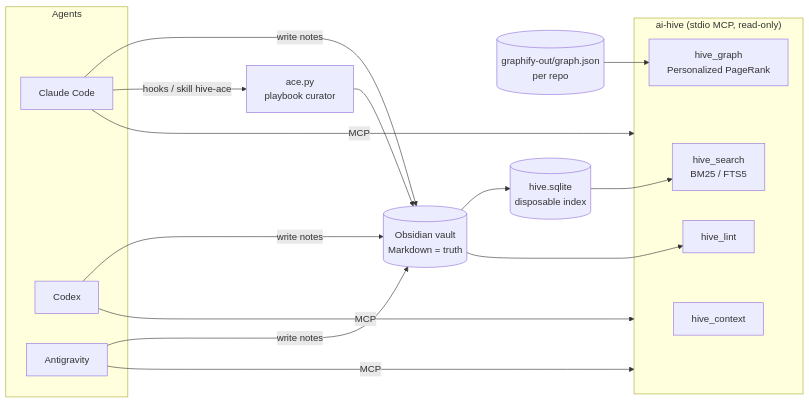
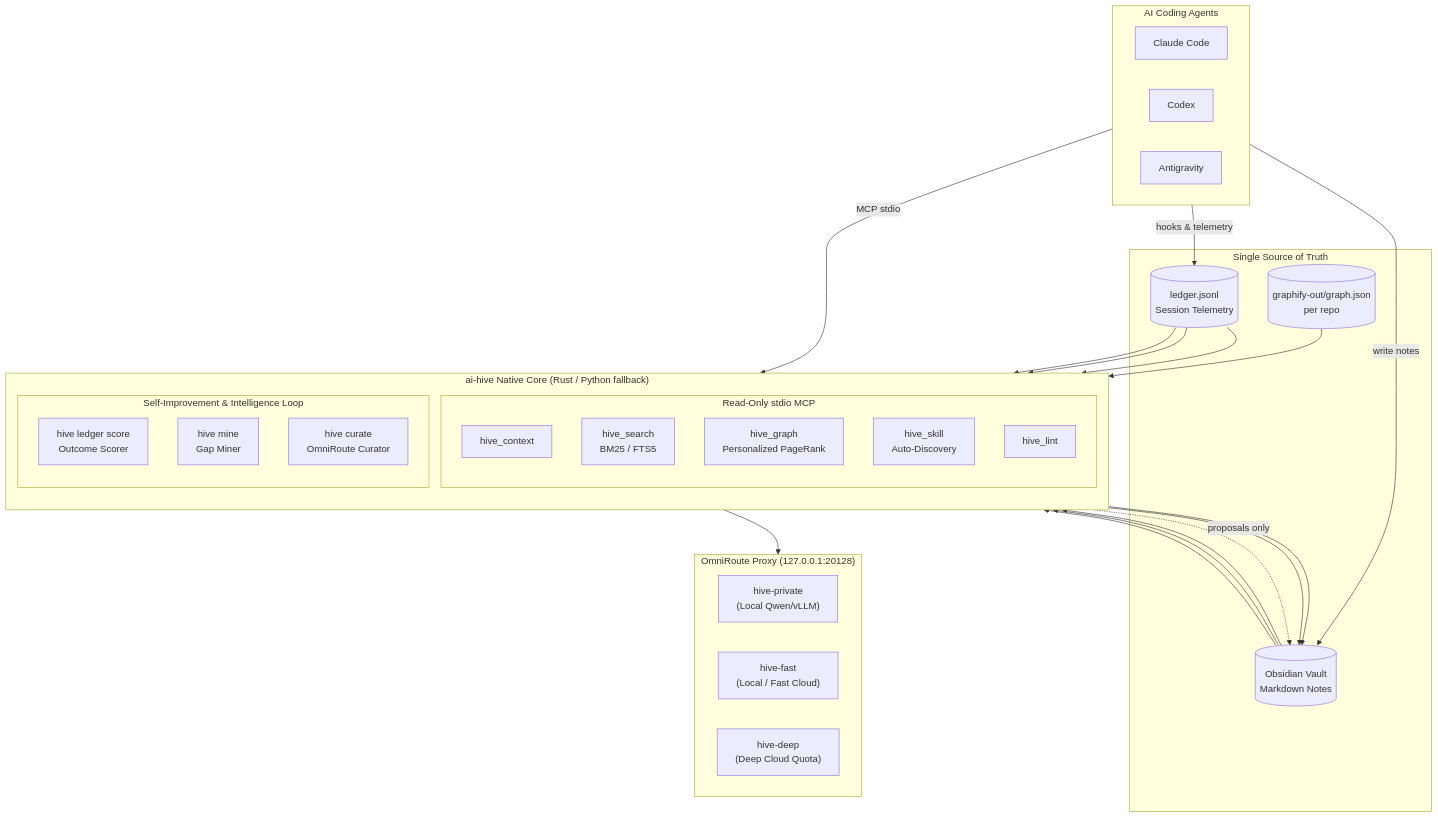
One commit to 4LPH7/Ai-hive changed the diagram in README.md. Above: the diagram before and after it, drawn with Mermaid. The commit also changed other lines of this file and 5 other files, not shown here.

Commit message:
chore(release): bump version to v2.5.0 and update architecture docs & changelog

````diff
--- a/README.md
+++ b/README.md
@@ -20,25 +14,47 @@
 ```mermaid
-flowchart LR
-    subgraph Agents
-        CC[Claude Code]
-        CX[Codex]
-        AG[Antigravity]
+flowchart TD
+    subgraph Agents["AI Coding Agents"]
+        CC["Claude Code"]
+        CX["Codex"]
+        AG["Antigravity"]
     end
-    subgraph Hive["ai-hive (stdio MCP, read-only)"]
-        CTX[hive_context]
-        S[hive_search<br/>BM25 / FTS5]
-        G[hive_graph<br/>Personalized PageRank]
-        L[hive_lint]
+
+    subgraph NativeCore["ai-hive Native Core (Rust / Python fallback)"]
+        direction TB
+        subgraph MCP["Read-Only stdio MCP"]
+            CTX["hive_context"]
+            S["hive_search<br/>BM25 / FTS5"]
+            G["hive_graph<br/>Personalized PageRank"]
+            SK["hive_skill<br/>Auto-Discovery"]
+            L["hive_lint"]
+        end
+        subgraph Intelligence["Self-Improvement & Intelligence Loop"]
+            SC["hive ledger score<br/>Outcome Scorer"]
+            MN["hive mine<br/>Gap Miner"]
+            CR["hive curate<br/>OmniRoute Curator"]
+        end
     end
-    V[(Obsidian vault<br/>Markdown = truth)]
-    GJ[(graphify-out/graph.json<br/>per repo)]
-    IDX[(hive.sqlite<br/>disposable index)]
-    ACE[ace.py<br/>playbook curator]
 
-    CC & CX & AG -- MCP --> Hive
-    CC & CX & AG -- write notes --> V
-    V --> IDX --> S
+    subgraph Storage["Single Source of Truth"]
+        V[("Obsidian Vault<br/>Markdown Notes")]
+        GJ[("graphify-out/graph.json<br/>per repo")]
+        LD[("ledger.jsonl<br/>Session Telemetry")]
+    end
+
+    subgraph Inference["OmniRoute Proxy (127.0.0.1:20128)"]
+        HP["hive-private<br/>(Local Qwen/vLLM)"]
+        HF["hive-fast<br/>(Local / Fast Cloud)"]
+        HD["hive-deep<br/>(Deep Cloud Quota)"]
+    end
+
+    Agents -- MCP stdio --> MCP
+    Agents -- write notes --> V
+    Agents -- hooks & telemetry --> LD
+    V --> S
     GJ --> G
     V --> L
-    CC -- hooks / skill hive-ace --> ACE --> V
+    LD --> SC --> V
+    LD --> MN --> V
+    V & LD --> CR --> Inference
+    CR -. proposals only .-> V
 ```
````
